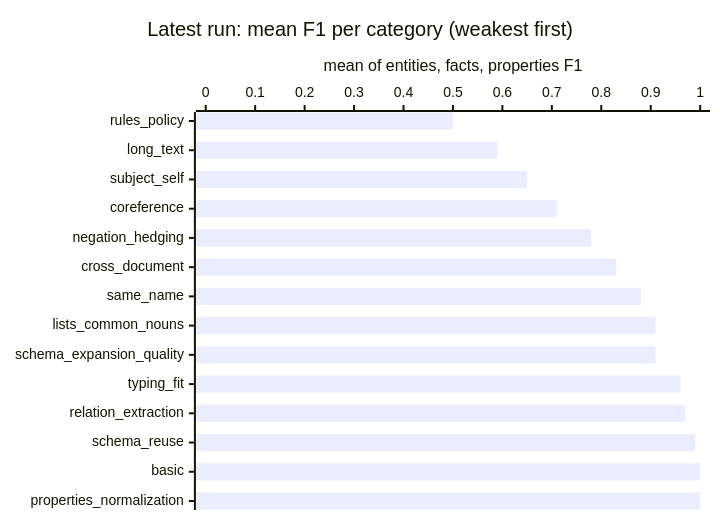
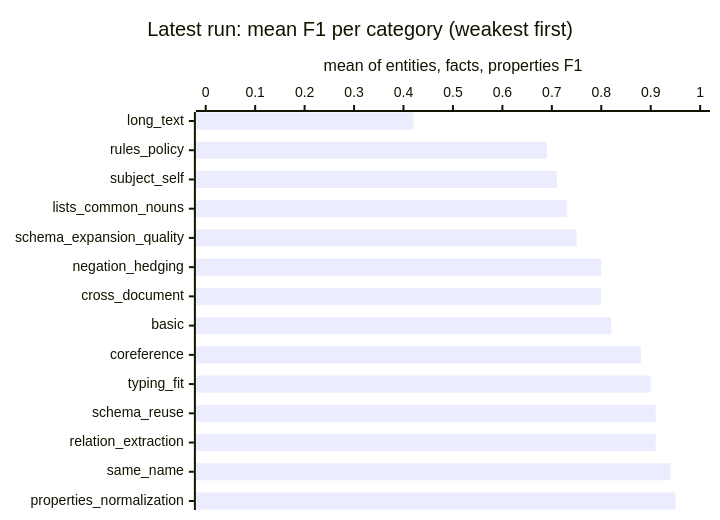
The second of 2 diagrams in lib/tests/benchmarks/extraction/results/README.md (megagonlabs/blue-data-kb-source), drawn with Mermaid before and after one commit. The commit also changed other lines of this file and 34 other files, not shown here.

````diff
--- a/lib/tests/benchmarks/extraction/results/README.md
+++ b/lib/tests/benchmarks/extraction/results/README.md
@@ -39,7 +39,7 @@
 ```mermaid
 xychart-beta horizontal
     title "Latest run: mean F1 per category (weakest first)"
-    x-axis ["rules_policy", "long_text", "subject_self", "coreference", "negation_hedging", "cross_document", "same_name", "lists_common_nouns", "schema_expansion_quality", "typing_fit", "relation_extraction", "schema_reuse", "basic", "properties_normalization"]
+    x-axis ["long_text", "rules_policy", "subject_self", "lists_common_nouns", "schema_expansion_quality", "negation_hedging", "cross_document", "basic", "coreference", "typing_fit", "schema_reuse", "relation_extraction", "same_name", "properties_normalization"]
     y-axis "mean of entities, facts, properties F1" 0 --> 1
-    bar [0.50, 0.59, 0.65, 0.71, 0.78, 0.83, 0.88, 0.91, 0.91, 0.96, 0.97, 0.99, 1.00, 1.00]
+    bar [0.42, 0.69, 0.71, 0.73, 0.75, 0.80, 0.80, 0.82, 0.88, 0.90, 0.91, 0.91, 0.94, 0.95]
 ```
````
